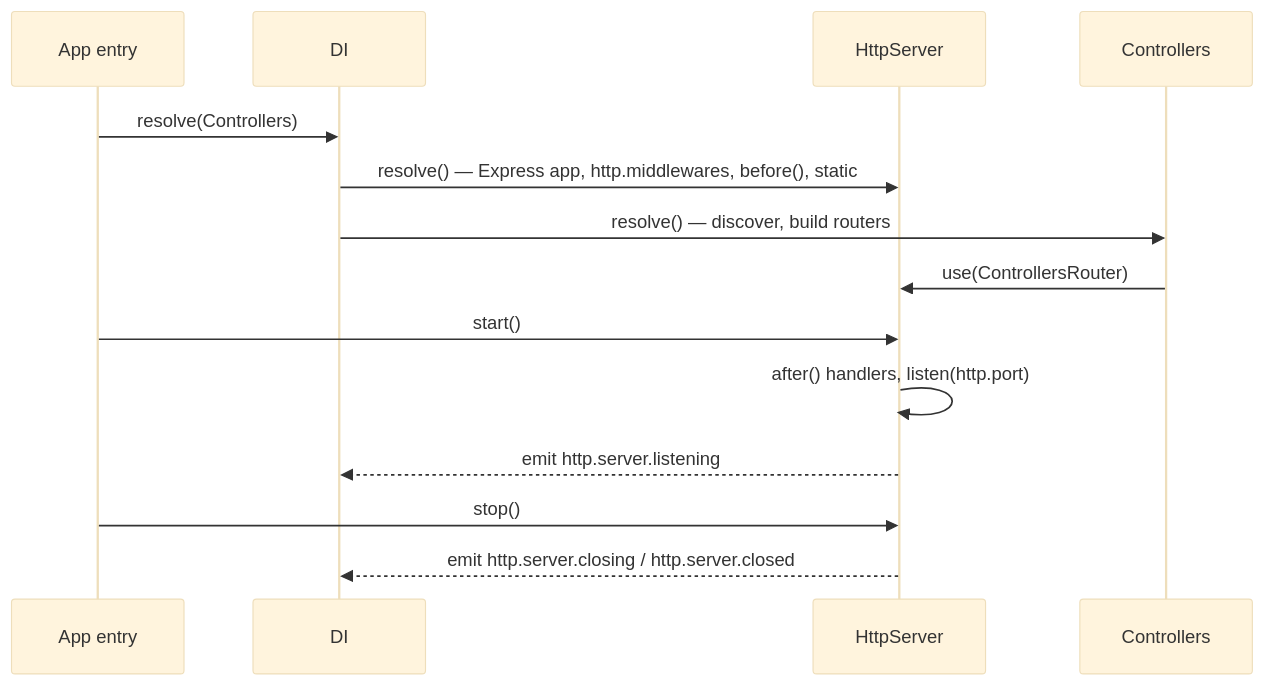
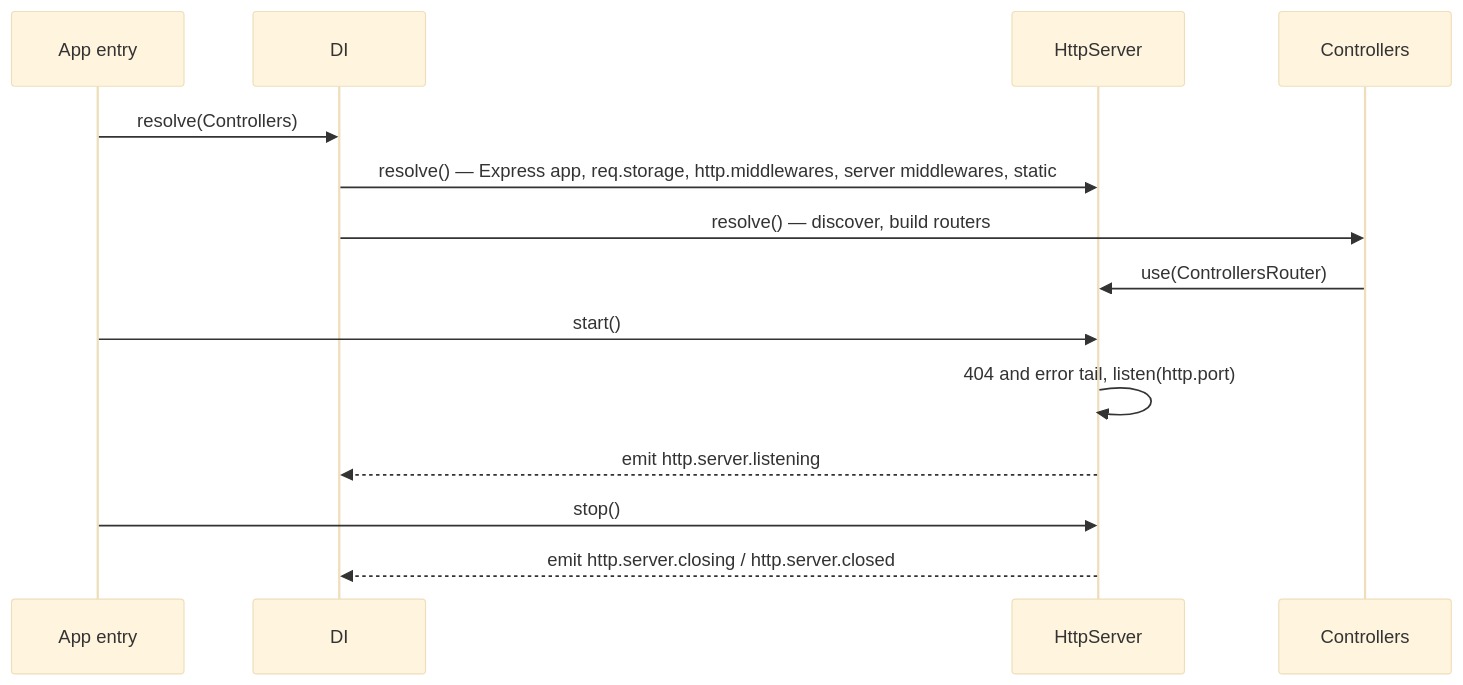
Before and after one commit to spinajs/main: the diagram in docs/http/01-http-server.md, drawn with Mermaid (base theme). The commit also changed other lines of this file and 15 other files, not shown here.

First line of the commit message:
docs(http): server middleware hooks, request timeline and the 404/error tail

````diff
--- a/docs/http/01-http-server.md
+++ b/docs/http/01-http-server.md
@@ -18,16 +18,16 @@
 ```mermaid
 sequenceDiagram
   participant App as App entry
   participant DI
   participant S as HttpServer
   participant C as Controllers
   App->>DI: resolve(Controllers)
-  DI->>S: resolve() — Express app, http.middlewares, before(), static
+  DI->>S: resolve() — Express app, req.storage, http.middlewares, server middlewares, static
   DI->>C: resolve() — discover, build routers
   C->>S: use(ControllersRouter)
   App->>S: start()
-  S->>S: after() handlers, listen(http.port)
+  S->>S: 404 and error tail, listen(http.port)
   S-->>DI: emit http.server.listening
   App->>S: stop()
   S-->>DI: emit http.server.closing / http.server.closed
 ```
````
